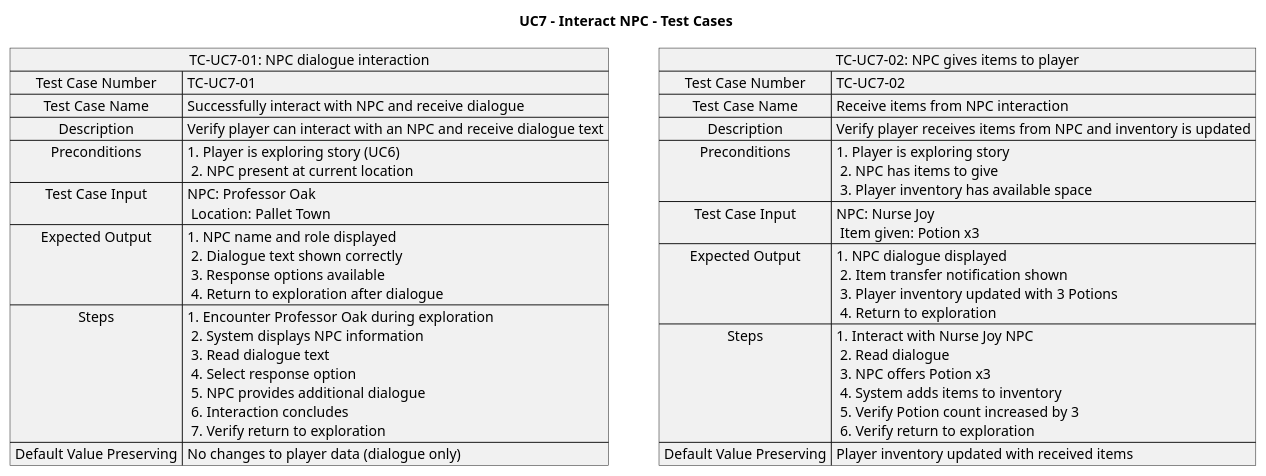
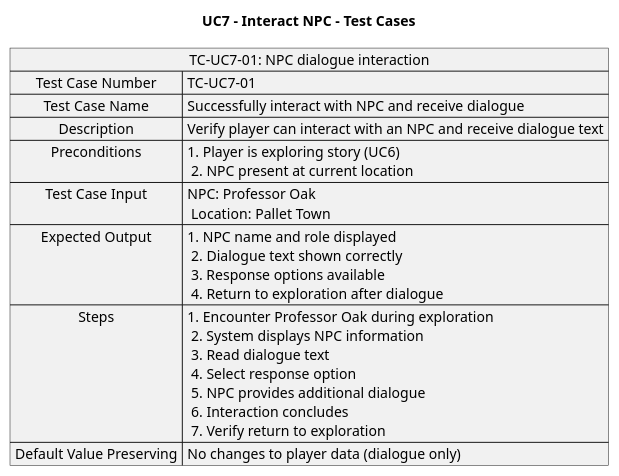
The diagram in TurnBasedPokemon/Diagram/UnifiedUseCases/TestCases/UC7_InteractNPC_TestCases.puml (devKasumi/PokemonConsole), drawn with PlantUML before and after one commit. The commit also changed 14 other files, not shown here.

Commit message:
update diagrams

```diff
--- a/TurnBasedPokemon/Diagram/UnifiedUseCases/TestCases/UC7_InteractNPC_TestCases.puml
+++ b/TurnBasedPokemon/Diagram/UnifiedUseCases/TestCases/UC7_InteractNPC_TestCases.puml
@@ -1,26 +1,15 @@
 @startuml
 title UC7 - Interact NPC - Test Cases
 
 map "TC-UC7-01: NPC dialogue interaction" as TC1 {
   Test Case Number => TC-UC7-01
   Test Case Name => Successfully interact with NPC and receive dialogue
   Description => Verify player can interact with an NPC and receive dialogue text
   Preconditions => 1. Player is exploring story (UC6) \n 2. NPC present at current location
   Test Case Input => NPC: Professor Oak \n Location: Pallet Town
   Expected Output => 1. NPC name and role displayed \n 2. Dialogue text shown correctly \n 3. Response options available \n 4. Return to exploration after dialogue
   Steps => 1. Encounter Professor Oak during exploration \n 2. System displays NPC information \n 3. Read dialogue text \n 4. Select response option \n 5. NPC provides additional dialogue \n 6. Interaction concludes \n 7. Verify return to exploration
   Default Value Preserving => No changes to player data (dialogue only)
 }
 
-map "TC-UC7-02: NPC gives items to player" as TC2 {
-  Test Case Number => TC-UC7-02
-  Test Case Name => Receive items from NPC interaction
-  Description => Verify player receives items from NPC and inventory is updated
-  Preconditions => 1. Player is exploring story \n 2. NPC has items to give \n 3. Player inventory has available space
-  Test Case Input => NPC: Nurse Joy \n Item given: Potion x3
-  Expected Output => 1. NPC dialogue displayed \n 2. Item transfer notification shown \n 3. Player inventory updated with 3 Potions \n 4. Return to exploration
-  Steps => 1. Interact with Nurse Joy NPC \n 2. Read dialogue \n 3. NPC offers Potion x3 \n 4. System adds items to inventory \n 5. Verify Potion count increased by 3 \n 6. Verify return to exploration
-  Default Value Preserving => Player inventory updated with received items
-}
-
 @enduml
```
